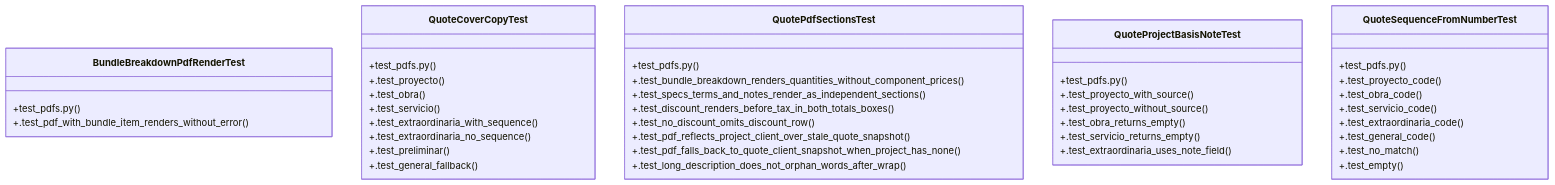
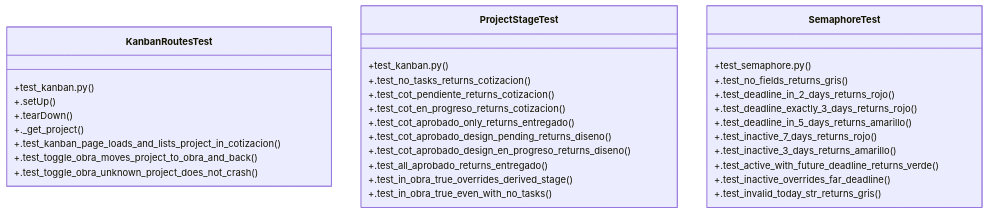
One commit to Daftrick/ProjectTracker changed the diagram in graphify-out/wiki/Community_9.md. Above: the diagram before and after it, drawn with Mermaid. The commit also changed other lines of this file and 414 other files, not shown here.

First line of the commit message:
fix: fecha dd-mm-aa en PDF de LDM; refresca project_name en cotización al editar

````diff
--- a/graphify-out/wiki/Community_9.md
+++ b/graphify-out/wiki/Community_9.md
@@ -36,45 +36,36 @@
 ```mermaid
 classDiagram
-    class BundleBreakdownPdfRenderTest {
-        +test_pdfs.py()
-        +.test_pdf_with_bundle_item_renders_without_error()
+    class KanbanRoutesTest {
+        +test_kanban.py()
+        +.setUp()
+        +.tearDown()
+        +._get_project()
+        +.test_kanban_page_loads_and_lists_project_in_cotizacion()
+        +.test_toggle_obra_moves_project_to_obra_and_back()
+        +.test_toggle_obra_unknown_project_does_not_crash()
     }
-    class QuoteCoverCopyTest {
-        +test_pdfs.py()
-        +.test_proyecto()
-        +.test_obra()
-        +.test_servicio()
-        +.test_extraordinaria_with_sequence()
-        +.test_extraordinaria_no_sequence()
-        +.test_preliminar()
-        +.test_general_fallback()
+    class ProjectStageTest {
+        +test_kanban.py()
+        +.test_no_tasks_returns_cotizacion()
+        +.test_cot_pendiente_returns_cotizacion()
+        +.test_cot_en_progreso_returns_cotizacion()
+        +.test_cot_aprobado_only_returns_entregado()
+        +.test_cot_aprobado_design_pending_returns_diseno()
+        +.test_cot_aprobado_design_en_progreso_returns_diseno()
+        +.test_all_aprobado_returns_entregado()
+        +.test_in_obra_true_overrides_derived_stage()
+        +.test_in_obra_true_even_with_no_tasks()
     }
-    class QuotePdfSectionsTest {
-        +test_pdfs.py()
-        +.test_bundle_breakdown_renders_quantities_without_component_prices()
-        +.test_specs_terms_and_notes_render_as_independent_sections()
-        +.test_discount_renders_before_tax_in_both_totals_boxes()
-        +.test_no_discount_omits_discount_row()
-        +.test_pdf_reflects_project_client_over_stale_quote_snapshot()
-        +.test_pdf_falls_back_to_quote_client_snapshot_when_project_has_none()
-        +.test_long_description_does_not_orphan_words_after_wrap()
-    }
-    class QuoteProjectBasisNoteTest {
-        +test_pdfs.py()
-        +.test_proyecto_with_source()
-        +.test_proyecto_without_source()
-        +.test_obra_returns_empty()
-        +.test_servicio_returns_empty()
-        +.test_extraordinaria_uses_note_field()
-    }
-    class QuoteSequenceFromNumberTest {
-        +test_pdfs.py()
-        +.test_proyecto_code()
-        +.test_obra_code()
-        +.test_servicio_code()
-        +.test_extraordinaria_code()
-        +.test_general_code()
-        +.test_no_match()
-        +.test_empty()
+    class SemaphoreTest {
+        +test_semaphore.py()
+        +.test_no_fields_returns_gris()
+        +.test_deadline_in_2_days_returns_rojo()
+        +.test_deadline_exactly_3_days_returns_rojo()
+        +.test_deadline_in_5_days_returns_amarillo()
+        +.test_inactive_7_days_returns_rojo()
+        +.test_inactive_3_days_returns_amarillo()
+        +.test_active_with_future_deadline_returns_verde()
+        +.test_inactive_overrides_far_deadline()
+        +.test_invalid_today_str_returns_gris()
     }
 ```
````
